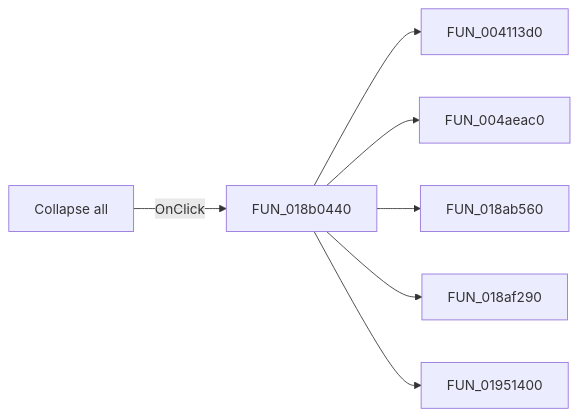
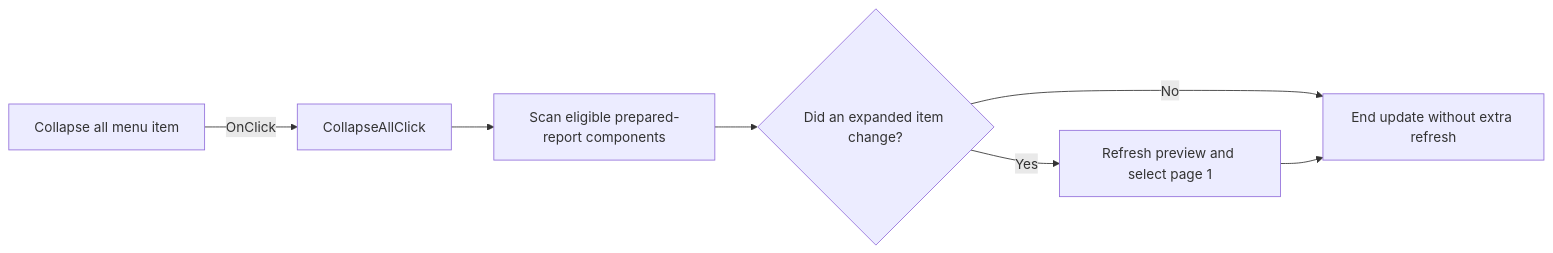
The diagram in docs/ui-controls/frxpreviewform/collapsemi-a98079d51e.md (MovGP0/TIARA), drawn with Mermaid before and after one commit. The commit also changed other lines of this file and 387 other files, not shown here.

````diff
--- a/docs/ui-controls/frxpreviewform/collapsemi-a98079d51e.md
+++ b/docs/ui-controls/frxpreviewform/collapsemi-a98079d51e.md
@@ -27,9 +27,9 @@
 ```mermaid
 flowchart LR
-    control["Collapse all"] -->|OnClick| handler["FUN_018b0440"]
-    handler --> call1["FUN_004113d0"]
-    handler --> call2["FUN_004aeac0"]
-    handler --> call3["FUN_018ab560"]
-    handler --> call4["FUN_018af290"]
-    handler --> call5["FUN_01951400"]
+    control["Collapse all menu item"] -->|OnClick| handler["CollapseAllClick"]
+    handler --> scan["Scan eligible prepared-report components"]
+    scan --> changed{"Did an expanded item change?"}
+    changed -->|Yes| refresh["Refresh preview and select page 1"]
+    changed -->|No| finish["End update without extra refresh"]
+    refresh --> finish
 ```
````
